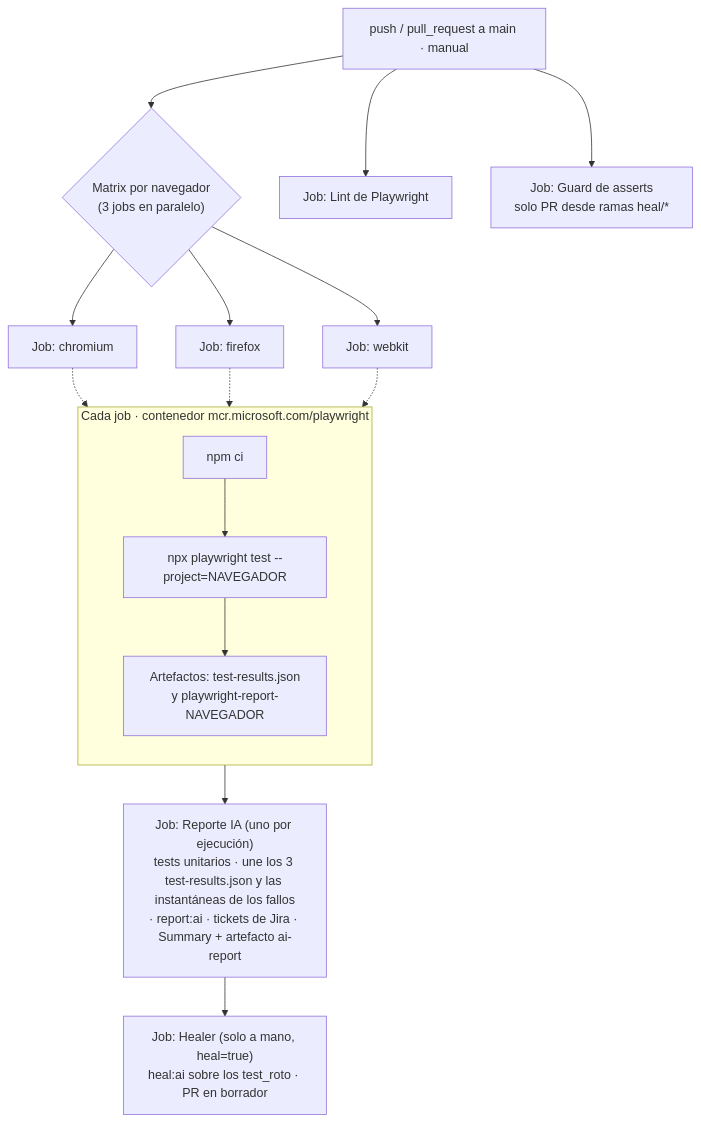
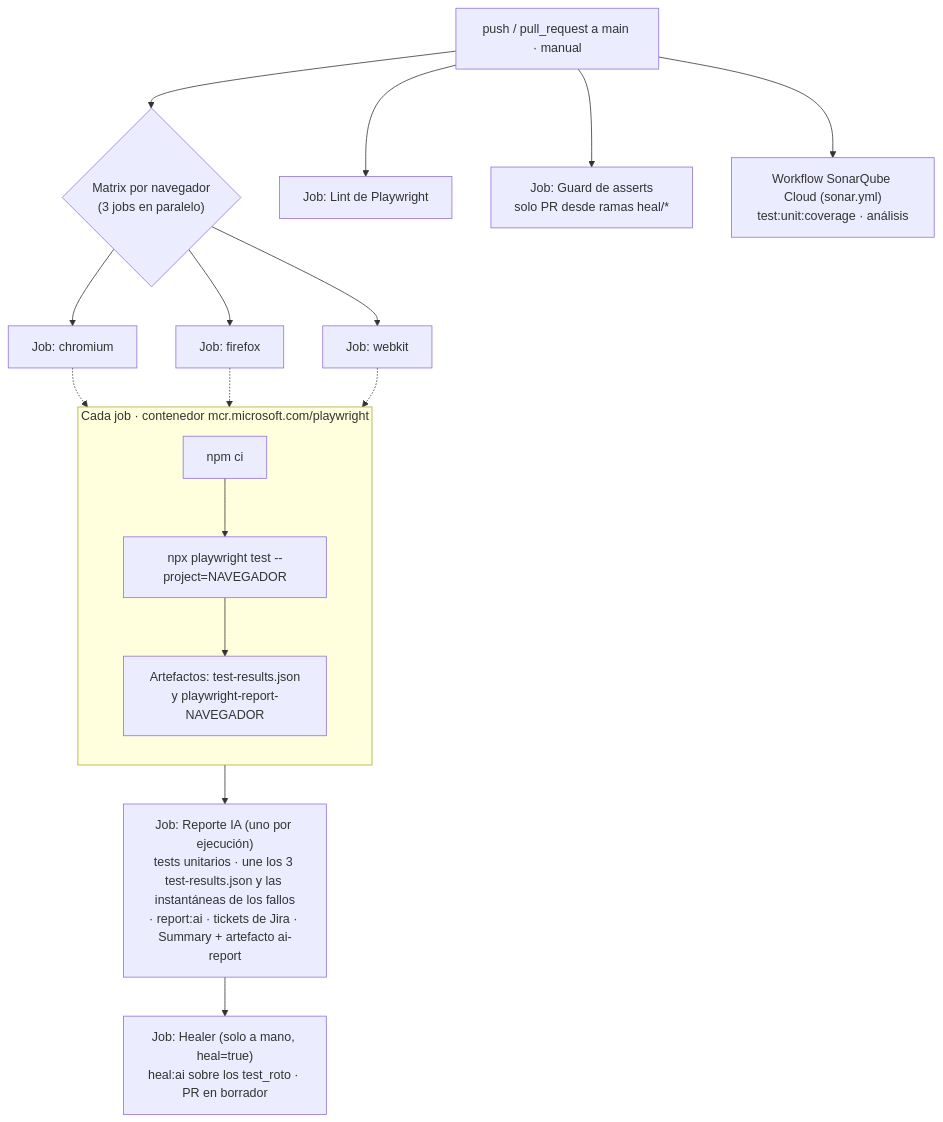
Before and after one commit to StoneFly365/playwright-demo-ia-mcp: the second of 3 diagrams in README.md, drawn with Mermaid. The commit also changed other lines of this file and 12 other files, not shown here.

First line of the commit message:
feat: análisis estático con SonarQube Cloud y su MCP para los agentes (#39)

````diff
--- a/README.md
+++ b/README.md
@@ -349,23 +357,24 @@
 ```mermaid
 flowchart TD
     T["push / pull_request a main · manual"] --> M{"Matrix por navegador<br/>(3 jobs en paralelo)"}
 
     M --> C["Job: chromium"]
     M --> F["Job: firefox"]
     M --> W["Job: webkit"]
 
     subgraph JOB ["Cada job · contenedor mcr.microsoft.com/playwright"]
         direction TB
         S1["npm ci"] --> S2["npx playwright test --project=NAVEGADOR"]
         S2 --> S3["Artefactos: test-results.json<br/>y playwright-report-NAVEGADOR"]
     end
 
     C -.-> JOB
     F -.-> JOB
     W -.-> JOB
 
     JOB --> R["Job: Reporte IA (uno por ejecución)<br/>tests unitarios · une los 3 test-results.json y las instantáneas de los fallos<br/>· report:ai · tickets de Jira · Summary + artefacto ai-report"]
     R --> HL["Job: Healer (solo a mano, heal=true)<br/>heal:ai sobre los test_roto · PR en borrador"]
     T --> LI["Job: Lint de Playwright"]
     T --> GU["Job: Guard de asserts<br/>solo PR desde ramas heal/*"]
+    T --> SO["Workflow SonarQube Cloud (sonar.yml)<br/>test:unit:coverage · análisis"]
 ```
````
